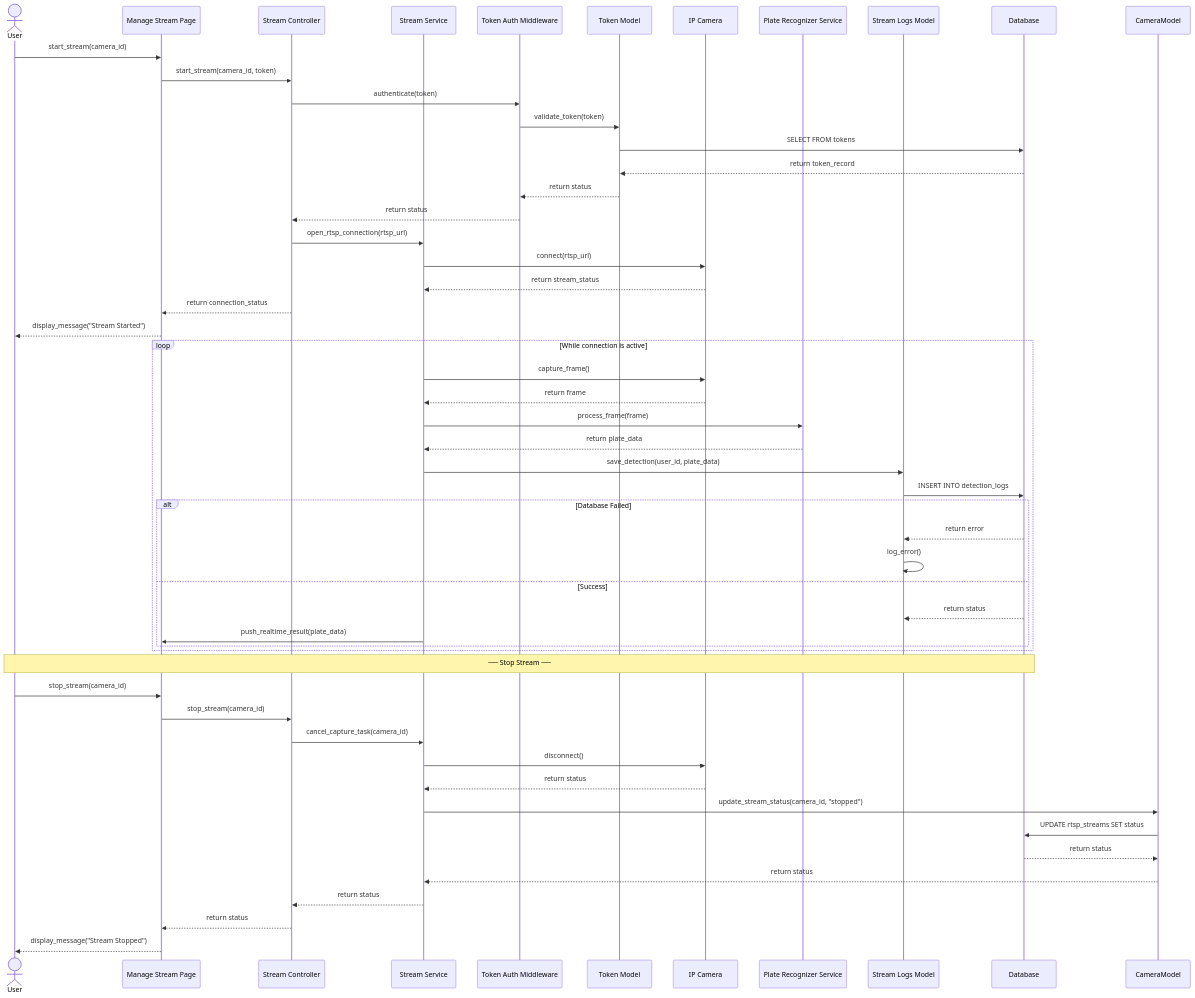
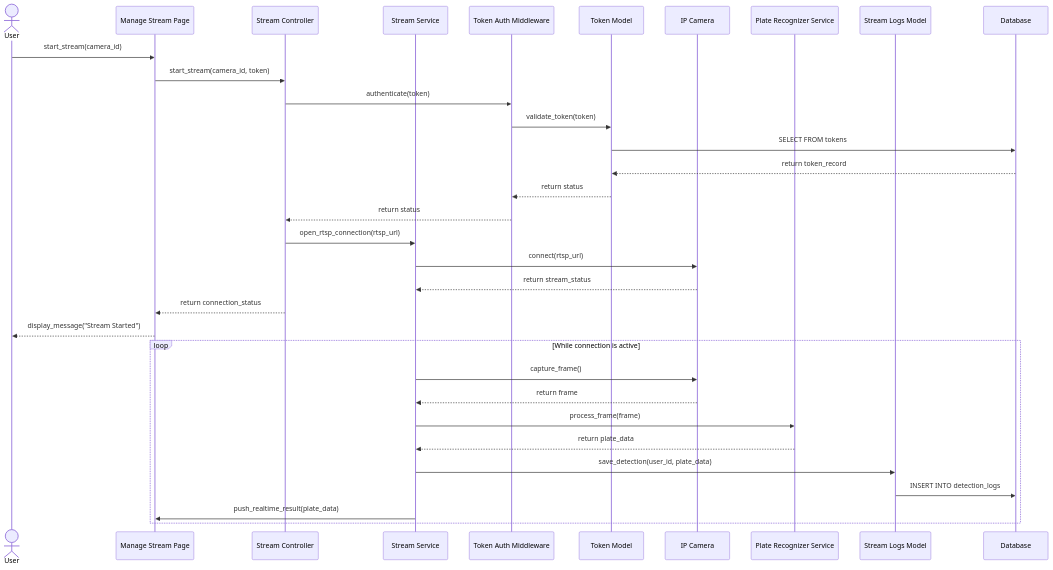
Before and after one commit to Tanaphat-Ken/ALPR-V2: diagram 13 of 20 in SYSTEM_DIAGRAMS.md, drawn with Mermaid. The commit also changed other lines of this file, not shown here.

First line of the commit message:
docs: trim sequence diagrams and split combined flows into separate diagrams

````diff
--- a/SYSTEM_DIAGRAMS.md
+++ b/SYSTEM_DIAGRAMS.md
@@ -537,57 +530,37 @@
 ```mermaid
 sequenceDiagram
     actor User
     participant StreamPage as Manage Stream Page
     participant StreamController as Stream Controller
     participant StreamService as Stream Service
     participant TAM as Token Auth Middleware
     participant TokenModel as Token Model
     participant CAM as IP Camera
     participant PR as Plate Recognizer Service
     participant StreamLogsModel as Stream Logs Model
     participant DB as Database
 
     User->>StreamPage: start_stream(camera_id)
     StreamPage->>StreamController: start_stream(camera_id, token)
     StreamController->>TAM: authenticate(token)
     TAM->>TokenModel: validate_token(token)
     TokenModel->>DB: SELECT FROM tokens
     DB-->>TokenModel: return token_record
     TokenModel-->>TAM: return status
     TAM-->>StreamController: return status
     StreamController->>StreamService: open_rtsp_connection(rtsp_url)
     StreamService->>CAM: connect(rtsp_url)
     CAM-->>StreamService: return stream_status
     StreamController-->>StreamPage: return connection_status
     StreamPage-->>User: display_message("Stream Started")
 
     loop While connection is active
         StreamService->>CAM: capture_frame()
         CAM-->>StreamService: return frame
         StreamService->>PR: process_frame(frame)
         PR-->>StreamService: return plate_data
         StreamService->>StreamLogsModel: save_detection(user_id, plate_data)
         StreamLogsModel->>DB: INSERT INTO detection_logs
-        alt Database Failed
-            DB-->>StreamLogsModel: return error
-            StreamLogsModel->>StreamLogsModel: log_error()
-        else Success
-            DB-->>StreamLogsModel: return status
-            StreamService->>StreamPage: push_realtime_result(plate_data)
-        end
+        StreamService->>StreamPage: push_realtime_result(plate_data)
     end
-
-    Note over User,DB: ── Stop Stream ──
-    User->>StreamPage: stop_stream(camera_id)
-    StreamPage->>StreamController: stop_stream(camera_id)
-    StreamController->>StreamService: cancel_capture_task(camera_id)
-    StreamService->>CAM: disconnect()
-    CAM-->>StreamService: return status
-    StreamService->>CameraModel: update_stream_status(camera_id, "stopped")
-    CameraModel->>DB: UPDATE rtsp_streams SET status
-    DB-->>CameraModel: return status
-    CameraModel-->>StreamService: return status
-    StreamService-->>StreamController: return status
-    StreamController-->>StreamPage: return status
-    StreamPage-->>User: display_message("Stream Stopped")
 ```
````
